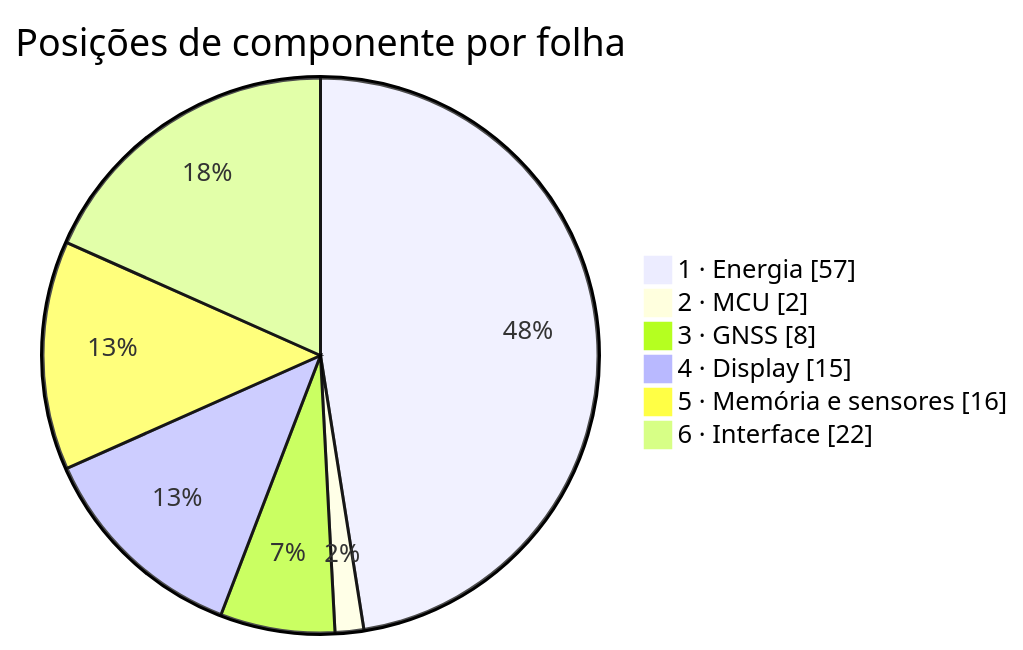
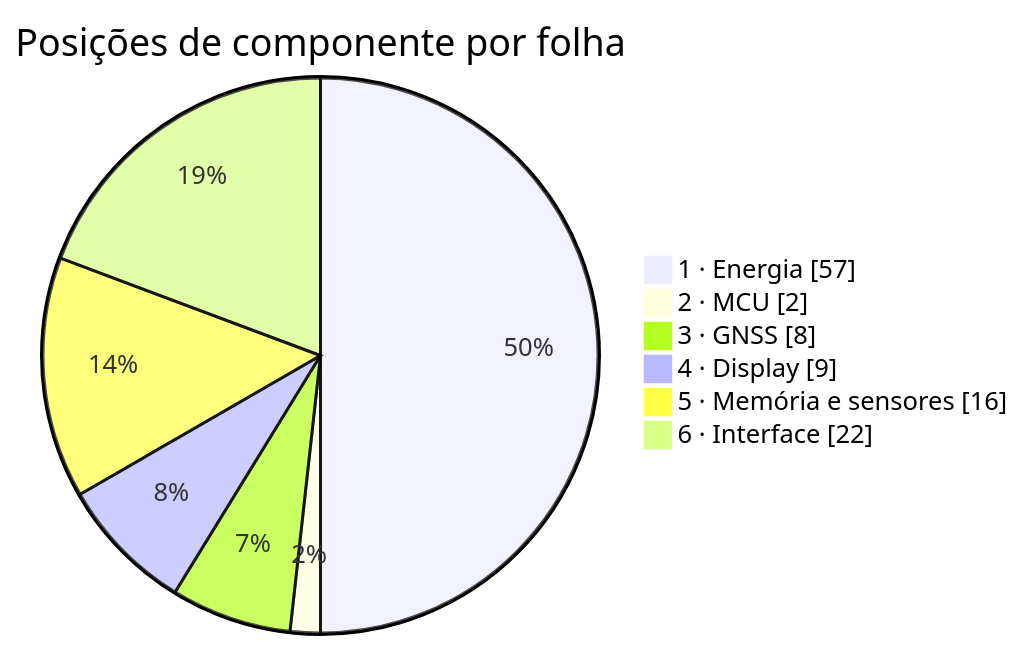
Before and after one commit to Guiimartinho/gnss-bike-computer: the diagram in hardware_gnssbike/05-materiais.md, drawn with Mermaid. The commit also changed other lines of this file and 17 other files, not shown here.

````diff
--- a/hardware_gnssbike/05-materiais.md
+++ b/hardware_gnssbike/05-materiais.md
@@ -247,10 +262,10 @@
 ```mermaid
 pie showData
     title Posições de componente por folha
     "1 · Energia" : 57
     "2 · MCU" : 2
     "3 · GNSS" : 8
-    "4 · Display" : 15
+    "4 · Display" : 9
     "5 · Memória e sensores" : 16
     "6 · Interface" : 22
 ```
````
